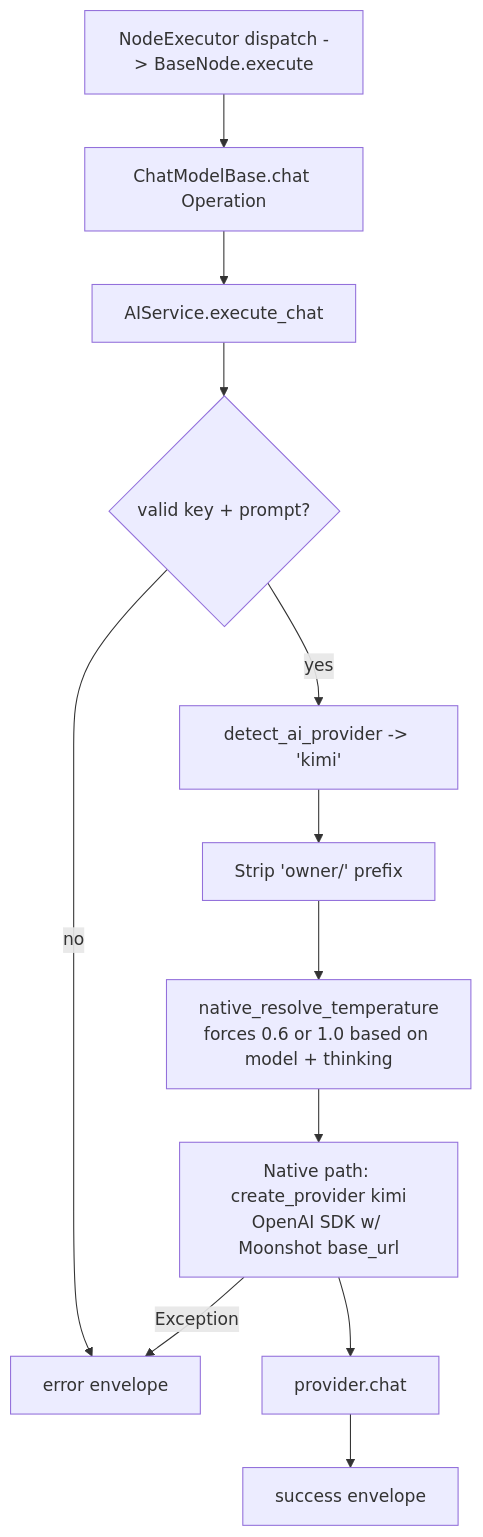
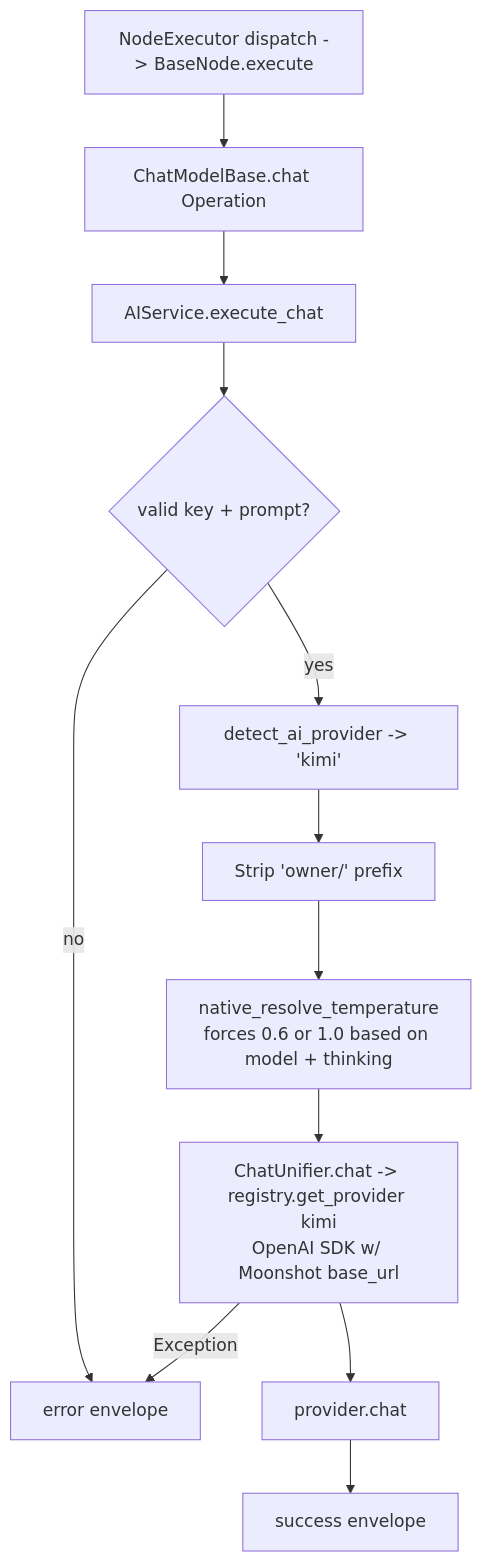
Before and after one commit to zeenie-ai/OpenCompany: the diagram in docs-internal/node-logic-flows/ai_chat_models/kimiChatModel.md, drawn with Mermaid. The commit also changed 39 other files, not shown here.

````diff
--- a/docs-internal/node-logic-flows/ai_chat_models/kimiChatModel.md
+++ b/docs-internal/node-logic-flows/ai_chat_models/kimiChatModel.md
@@ -60,14 +60,14 @@
 ```mermaid
 flowchart TD
   A[NodeExecutor dispatch -> BaseNode.execute] --> B[ChatModelBase.chat Operation]
   B --> C[AIService.execute_chat]
   C --> D{valid key + prompt?}
   D -- no --> X[error envelope]
   D -- yes --> E[detect_ai_provider -> 'kimi']
   E --> F[Strip 'owner/' prefix]
   F --> G[native_resolve_temperature<br/>forces 0.6 or 1.0 based on model + thinking]
-  G --> H[Native path: create_provider kimi<br/>OpenAI SDK w/ Moonshot base_url]
+  G --> H[ChatUnifier.chat -> registry.get_provider kimi<br/>OpenAI SDK w/ Moonshot base_url]
   H --> I[provider.chat]
   I --> J[success envelope]
   H -- Exception --> X
 ```
````
